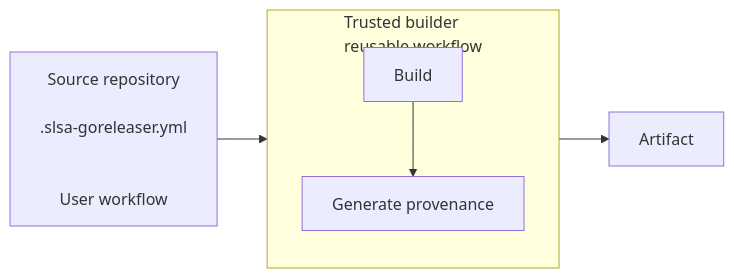
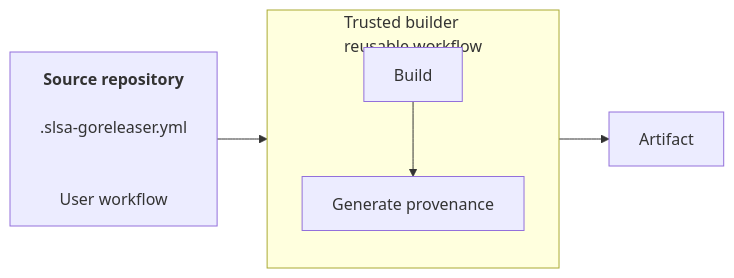
One commit to slsa-framework/slsa-github-generator changed the diagram in SPECIFICATIONS.md. Above: the diagram before and after it, drawn with Mermaid.

Commit message:
update mermaid chart

````diff
--- a/SPECIFICATIONS.md
+++ b/SPECIFICATIONS.md
@@ -122,15 +122,15 @@
 ```mermaid
 flowchart LR;
-  source[Source repository<br/><br/>.slsa-goreleaser.yml<br/><br/><br/>User workflow];
+  source[<b>Source repository</b><br/><br/>.slsa-goreleaser.yml<br/><br/><br/>User workflow];
   build[Build]
   generate[Generate provenance]
   artifact[Artifact]
 
   subgraph RW[Trusted builder<br/>reusable workflow]
     direction TB
     build-->generate
   end
 
   source-->build
   generate-->artifact
 ```
````
